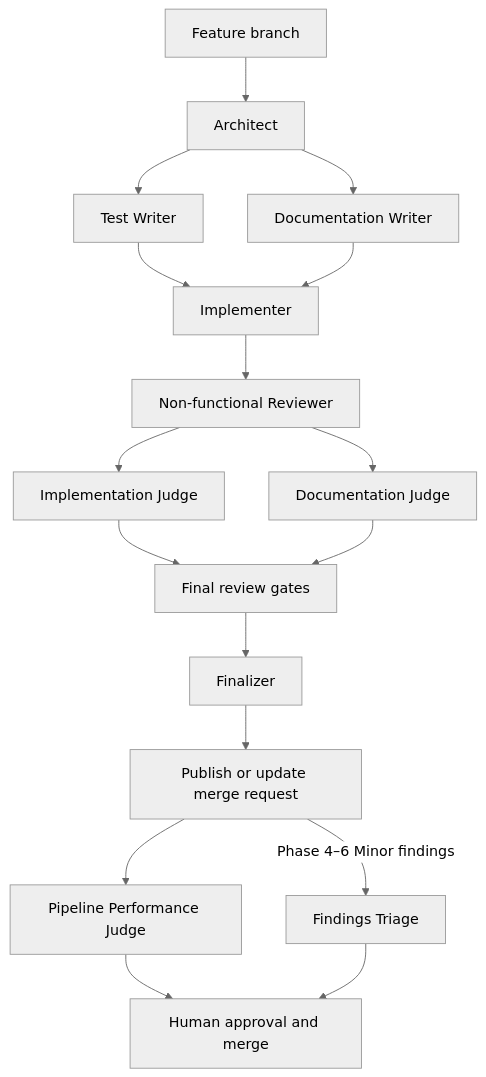
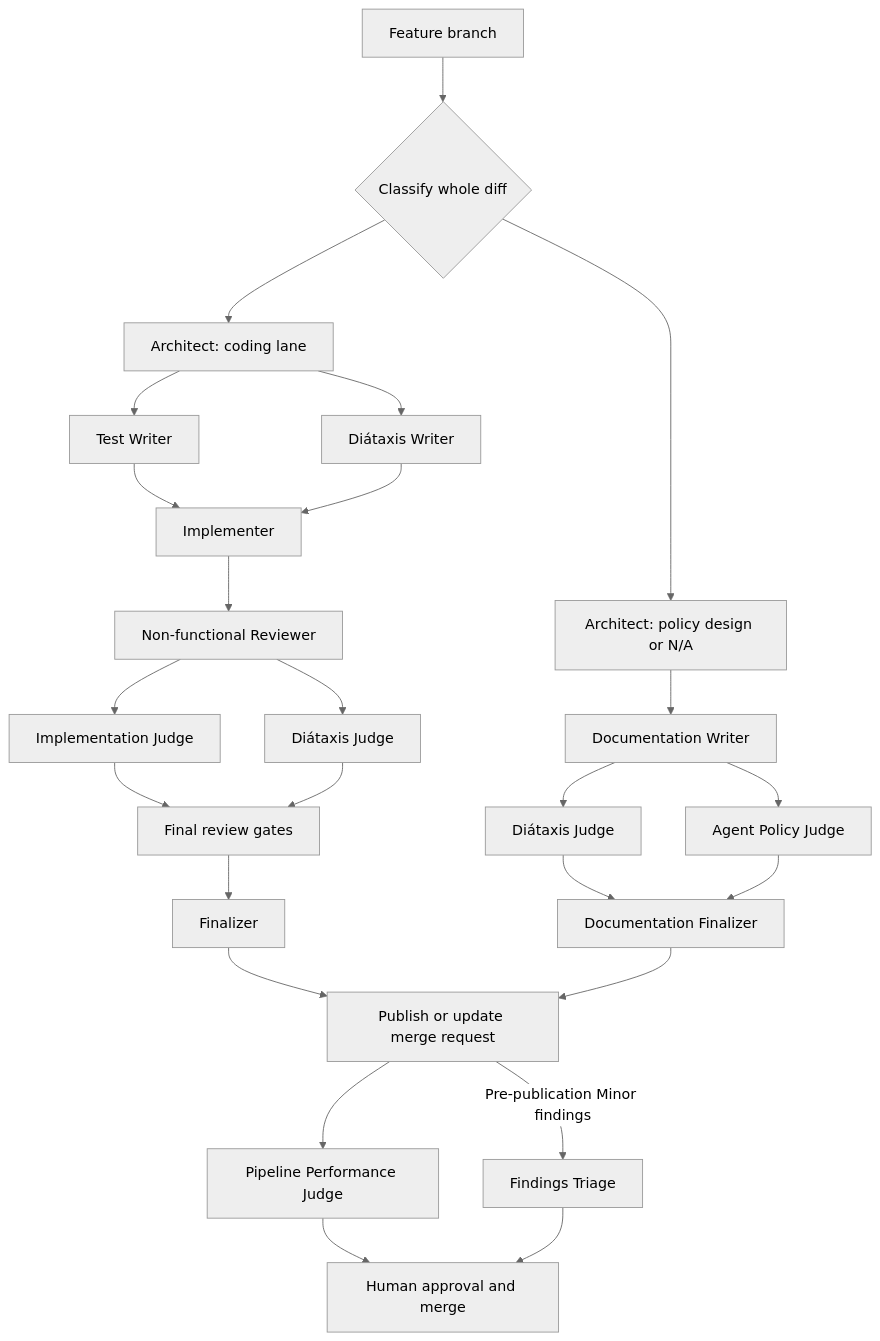
The diagram in README.md (dfwguy/nvis-ova-agentic-copier), drawn with Mermaid (neutral theme) before and after one commit. The commit also changed other lines of this file and 38 other files, not shown here.

Commit message:
Add documentation and agent-policy workflow

````diff
--- a/README.md
+++ b/README.md
@@ -76,19 +78,27 @@
 ```mermaid
 flowchart TD
-    branch[Feature branch] --> architect[Architect]
+    branch[Feature branch] --> classify{Classify whole diff}
+    classify --> architect[Architect: coding lane]
     architect --> tests[Test Writer]
-    architect --> docs[Documentation Writer]
+    architect --> docs[Diátaxis Writer]
     tests --> implementer[Implementer]
     docs --> implementer
     implementer --> nonfunctional[Non-functional Reviewer]
     nonfunctional --> implementation[Implementation Judge]
-    nonfunctional --> documentation[Documentation Judge]
+    nonfunctional --> documentation[Diátaxis Judge]
     implementation --> final_gates[Final review gates]
     documentation --> final_gates
     final_gates --> finalizer[Finalizer]
     finalizer --> mr[Publish or update merge request]
+    classify --> policy_architect[Architect: policy design or N/A]
+    policy_architect --> policy_writer[Documentation Writer]
+    policy_writer --> policy_docs[Diátaxis Judge]
+    policy_writer --> policy_review[Agent Policy Judge]
+    policy_docs --> policy_finalizer[Documentation Finalizer]
+    policy_review --> policy_finalizer
+    policy_finalizer --> mr
     mr --> performance[Pipeline Performance Judge]
-    mr -->|Phase 4–6 Minor findings| triage[Findings Triage]
+    mr -->|Pre-publication Minor findings| triage[Findings Triage]
     performance --> human[Human approval and merge]
     triage --> human
 ```
````
